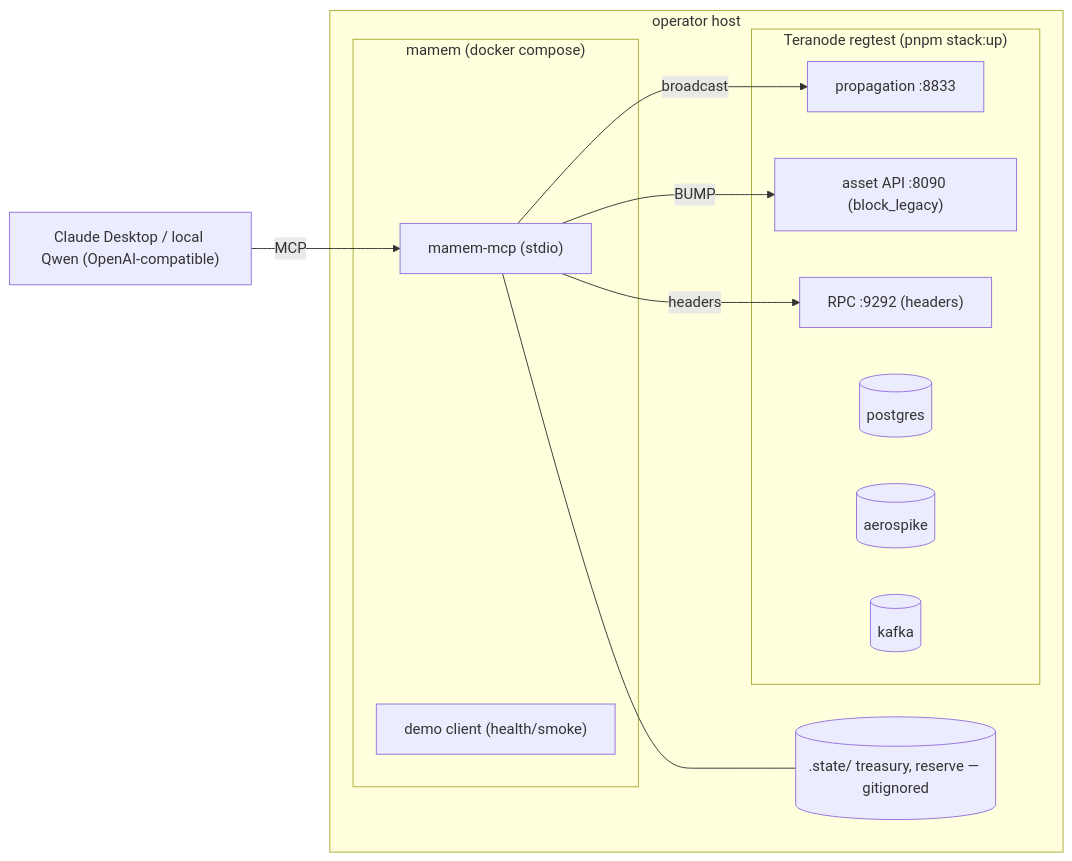
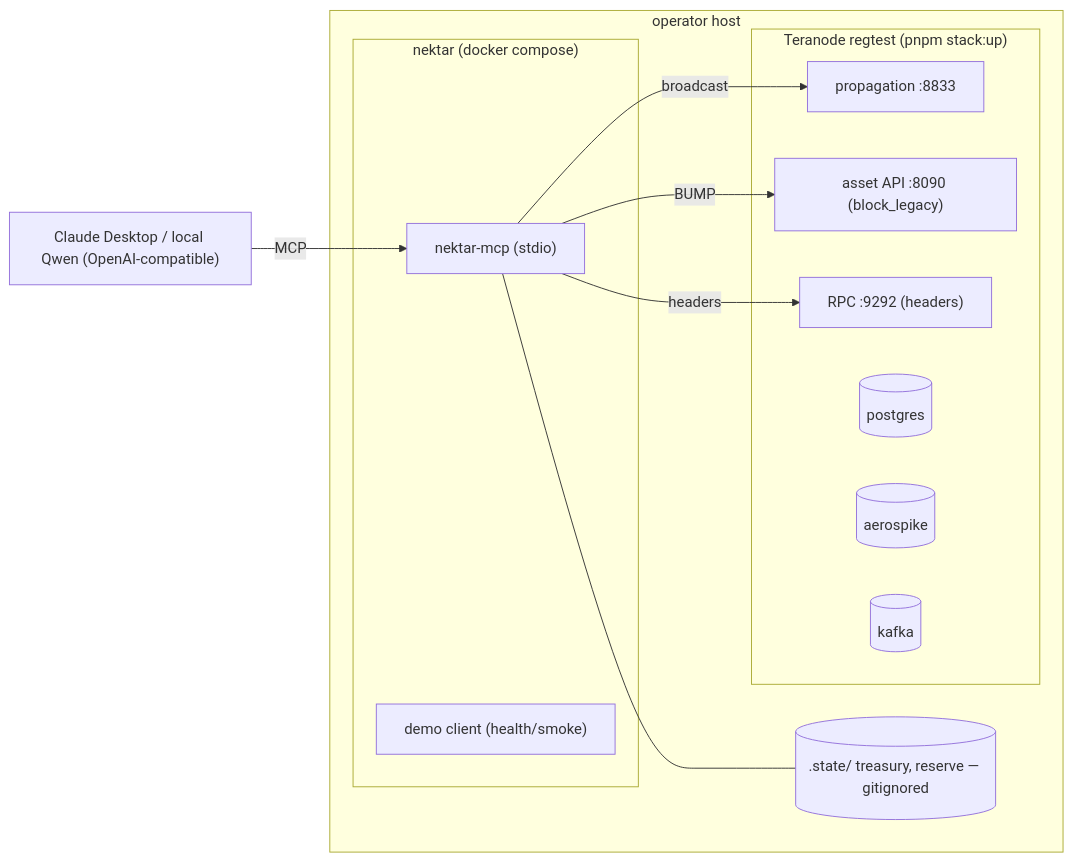
One commit to kryptokrates/nektar changed diagram 12 of 14 in docs/ARCHITECTURE.md. Above: the diagram before and after it, drawn with Mermaid. The commit also changed other lines of this file and 297 other files, not shown here.

First line of the commit message:
Rename project mamem → nektar

````diff
--- a/docs/ARCHITECTURE.md
+++ b/docs/ARCHITECTURE.md
@@ -238,23 +238,23 @@
 ```mermaid
 flowchart LR
   subgraph host["operator host"]
-    subgraph mamem["mamem (docker compose)"]
-      mcp["mamem-mcp (stdio)"]
+    subgraph nektar["nektar (docker compose)"]
+      mcp["nektar-mcp (stdio)"]
       demo["demo client (health/smoke)"]
     end
     subgraph tn["Teranode regtest (pnpm stack:up)"]
       prop["propagation :8833"]
       asset["asset API :8090 (block_legacy)"]
       rpc["RPC :9292 (headers)"]
       pg[("postgres")] 
       ae[("aerospike")]
       kf[("kafka")]
     end
     st[(".state/ treasury, reserve — gitignored")]
   end
   client["Claude Desktop / local Qwen (OpenAI-compatible)"] -- MCP --> mcp
   mcp -- broadcast --> prop
   mcp -- BUMP --> asset
   mcp -- headers --> rpc
   mcp --- st
 ```
````
